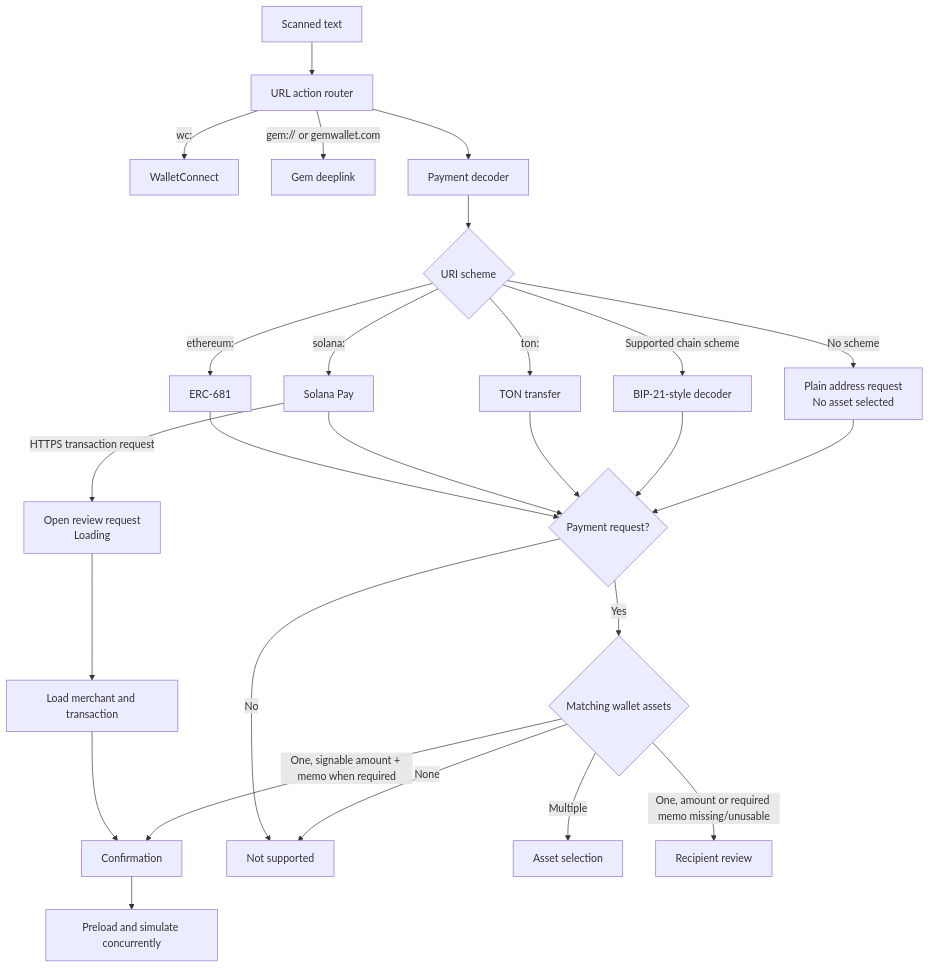
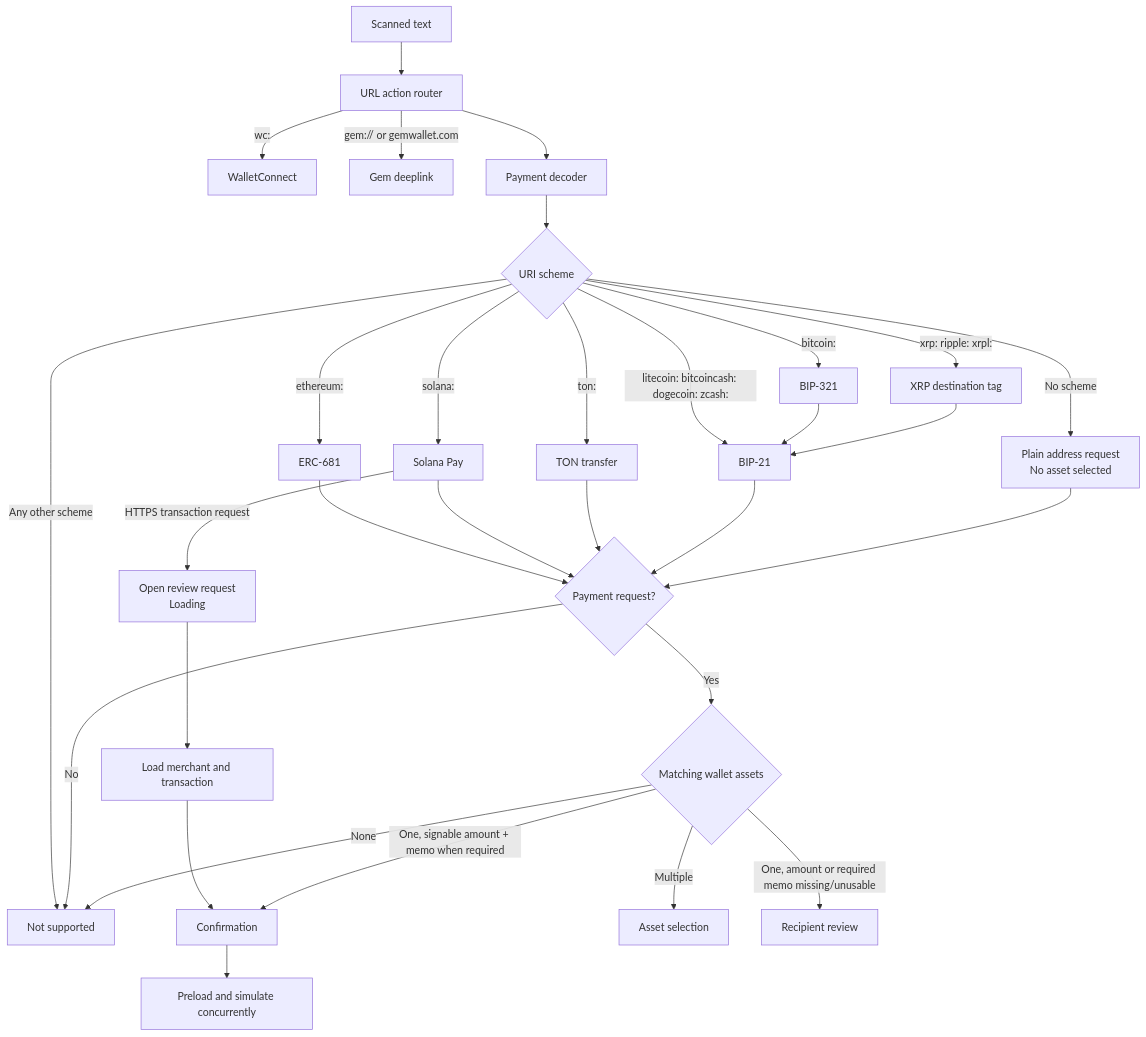
Before and after one commit to gemwalletcom/wallet: the diagram in docs/PAYMENTS.md, drawn with Mermaid. The commit also changed other lines of this file and 2 other files, not shown here.

Commit message:
Document the payment decoder's formats and the BIP-321 rules

````diff
--- a/docs/PAYMENTS.md
+++ b/docs/PAYMENTS.md
@@ -18,24 +21,29 @@
 ```mermaid
 flowchart TD
     Scan["Scanned text"] --> Action["URL action router"]
     Action -->|"wc:"| WalletConnect["WalletConnect"]
     Action -->|"gem:// or gemwallet.com"| Deeplink["Gem deeplink"]
     Action --> Decoder["Payment decoder"]
     Decoder --> Scheme{"URI scheme"}
     Scheme -->|"ethereum:"| ERC681["ERC-681"]
     Scheme -->|"solana:"| Solana["Solana Pay"]
     Scheme -->|"ton:"| TON["TON transfer"]
-    Scheme -->|"Supported chain scheme"| BIP21["BIP-21-style decoder"]
+    Scheme -->|"bitcoin:"| BIP321["BIP-321"]
+    Scheme -->|"xrp: ripple: xrpl:"| XRP["XRP destination tag"]
+    Scheme -->|"litecoin: bitcoincash: dogecoin: zcash:"| BIP21["BIP-21"]
+    Scheme -->|"Any other scheme"| Reject["Not supported"]
     Scheme -->|"No scheme"| Address["Plain address request<br/>No asset selected"]
+    BIP321 --> BIP21
+    XRP --> BIP21
     Solana -->|"HTTPS transaction request"| PaymentReview["Open review request<br/>Loading"]
     PaymentReview --> Gateway["Load merchant and transaction"]
     Gateway --> Confirm["Open confirmation"]
     Confirm --> Simulation["Preload and simulate concurrently"]
     ERC681 & Solana & TON & BIP21 & Address --> Request{"Payment request?"}
     Request -->|"No"| Reject["Not supported"]
     Request -->|"Yes"| Assets{"Matching wallet assets"}
     Assets -->|"None"| Reject
     Assets -->|"Multiple"| Select["Asset selection"]
     Assets -->|"One, signable amount + memo when required"| Confirm["Confirmation"]
     Assets -->|"One, amount or required memo missing/unusable"| Recipient["Recipient review"]
 ```
````
